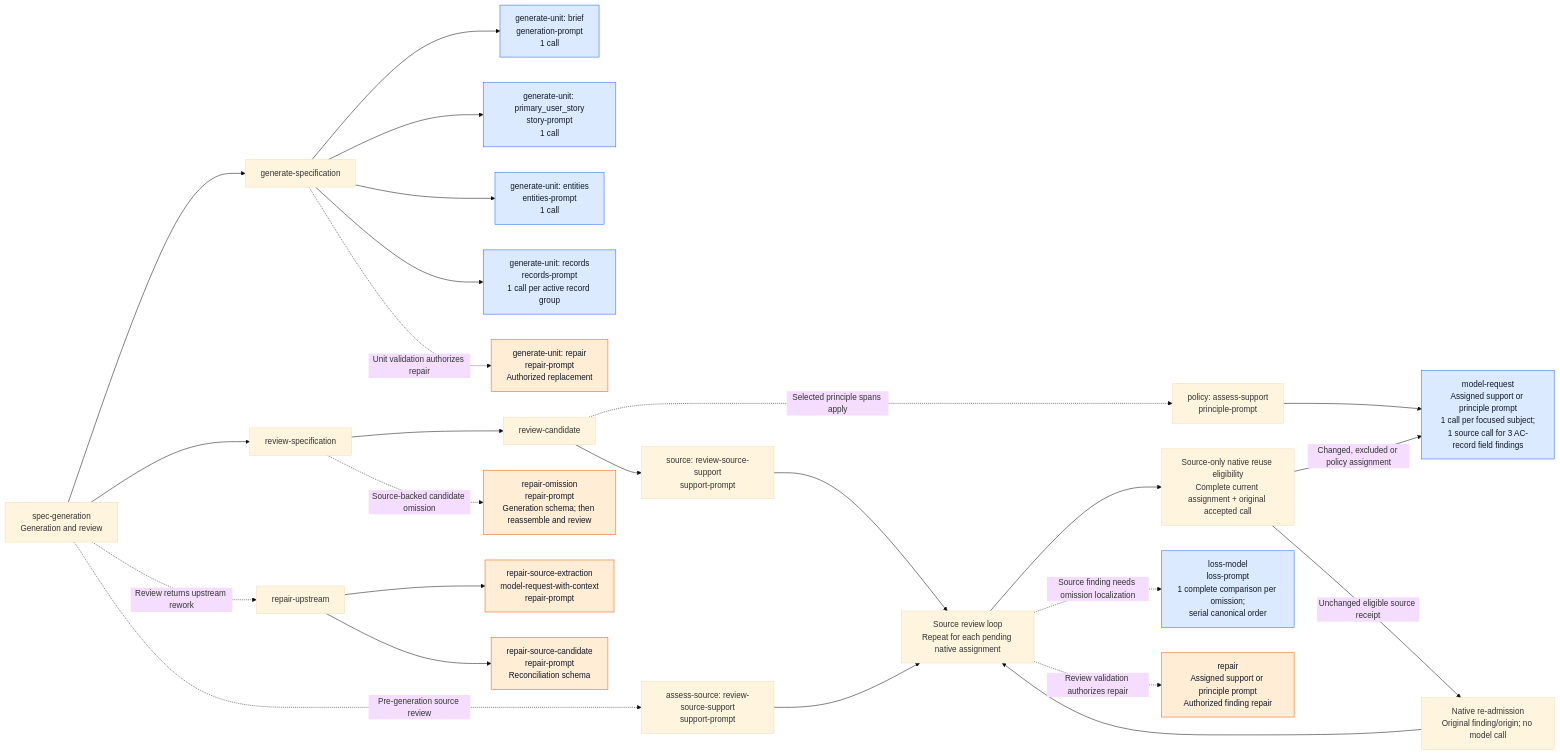
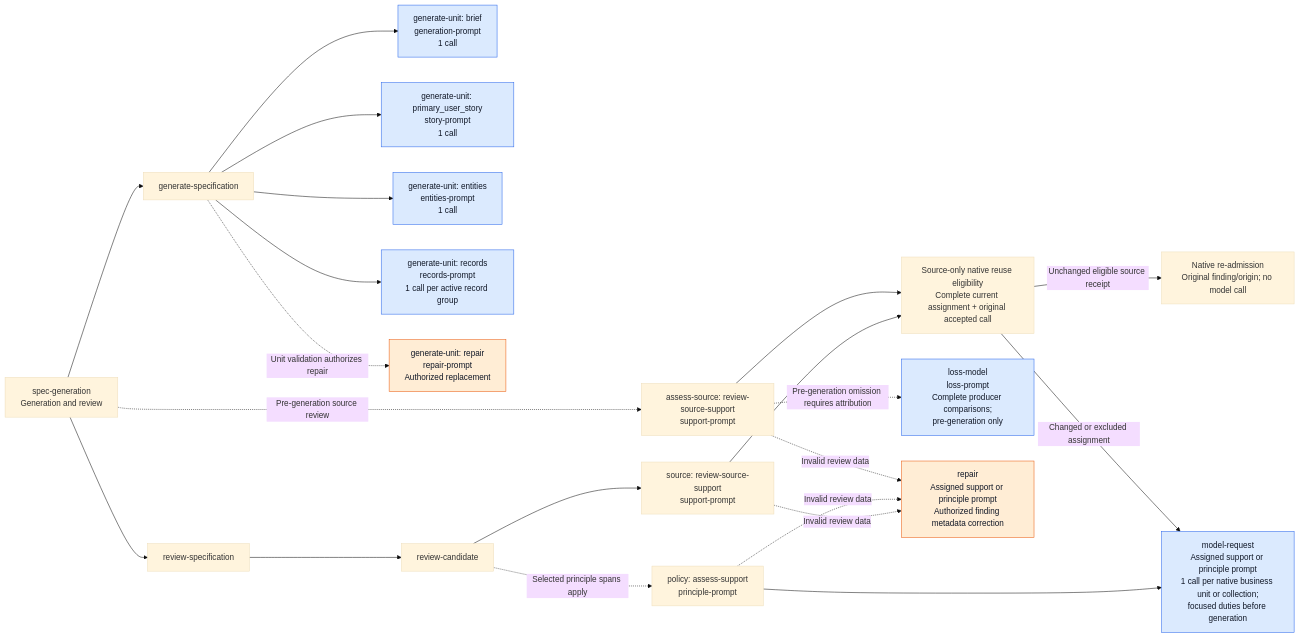
One commit to littledespot/sdde changed the second of 3 diagrams in design/diagrams/21-spec-model-call-tree.md. Above: the diagram before and after it, drawn with Mermaid (base theme). The commit also changed other lines of this file and 85 other files, not shown here.

````diff
--- a/design/diagrams/21-spec-model-call-tree.md
+++ b/design/diagrams/21-spec-model-call-tree.md
@@ -105,36 +112,31 @@
 ```mermaid
 flowchart LR
     ROOT["spec-generation<br/>Generation and review"]
     ROOT --> GENERATE["generate-specification"]
     GENERATE --> BRIEF["generate-unit: brief<br/>generation-prompt<br/>1 call"]
     GENERATE --> STORY["generate-unit: primary_user_story<br/>story-prompt<br/>1 call"]
     GENERATE --> ENTITIES["generate-unit: entities<br/>entities-prompt<br/>1 call"]
     GENERATE --> RECORDS["generate-unit: records<br/>records-prompt<br/>1 call per active record group"]
     GENERATE -. "Unit validation authorizes repair" .-> UNIT_REPAIR["generate-unit: repair<br/>repair-prompt<br/>Authorized replacement"]
 
     ROOT --> REVIEW["review-specification"]
     REVIEW --> CANDIDATE["review-candidate"]
     CANDIDATE --> SOURCE["source: review-source-support<br/>support-prompt"]
     CANDIDATE -. "Selected principle spans apply" .-> POLICY["policy: assess-support<br/>principle-prompt"]
     ROOT -. "Pre-generation source review" .-> PRE["assess-source: review-source-support<br/>support-prompt"]
 
-    SOURCE --> SUPPORT["Source review loop<br/>Repeat for each pending native assignment"]
+    SOURCE --> REUSE["Source-only native reuse eligibility<br/>Complete current assignment + original accepted call"]
+    PRE --> REUSE
     POLICY --> FINDING
-    PRE --> SUPPORT
-    SUPPORT --> REUSE["Source-only native reuse eligibility<br/>Complete current assignment + original accepted call"]
     REUSE -- "Unchanged eligible source receipt" --> RETAIN["Native re-admission<br/>Original finding/origin; no model call"]
-    REUSE -- "Changed, excluded or policy assignment" --> FINDING["model-request<br/>Assigned support or principle prompt<br/>1 call per focused subject;<br/>1 source call for 3 AC-record field findings"]
-    RETAIN --> SUPPORT
-    SUPPORT -. "Source finding needs omission localization" .-> LOSS["loss-model<br/>loss-prompt<br/>1 complete comparison per omission;<br/>serial canonical order"]
-    SUPPORT -. "Review validation authorizes repair" .-> SUPPORT_REPAIR["repair<br/>Assigned support or principle prompt<br/>Authorized finding repair"]
-
-    REVIEW -. "Source-backed candidate omission" .-> OMISSION["repair-omission<br/>repair-prompt<br/>Generation schema; then reassemble and review"]
-    ROOT -. "Review returns upstream rework" .-> UPSTREAM["repair-upstream"]
-    UPSTREAM --> EX["repair-source-extraction<br/>model-request-with-context<br/>repair-prompt"]
-    UPSTREAM --> RC["repair-source-candidate<br/>repair-prompt<br/>Reconciliation schema"]
+    REUSE -- "Changed or excluded assignment" --> FINDING["model-request<br/>Assigned support or principle prompt<br/>1 call per native business unit or collection;<br/>focused duties before generation"]
+    PRE -. "Pre-generation omission requires attribution" .-> LOSS["loss-model<br/>loss-prompt<br/>Complete producer comparisons;<br/>pre-generation only"]
+    SOURCE -. "Invalid review data" .-> SUPPORT_REPAIR["repair<br/>Assigned support or principle prompt<br/>Authorized finding metadata correction"]
+    POLICY -. "Invalid review data" .-> SUPPORT_REPAIR
+    PRE -. "Invalid review data" .-> SUPPORT_REPAIR
 
     classDef model fill:#dbeafe,stroke:#2563eb,color:#111827;
     classDef repair fill:#ffedd5,stroke:#ea580c,color:#111827;
     class BRIEF,STORY,ENTITIES,RECORDS,FINDING,LOSS model;
-    class UNIT_REPAIR,SUPPORT_REPAIR,OMISSION,EX,RC repair;
+    class UNIT_REPAIR,SUPPORT_REPAIR repair;
 ```
````
